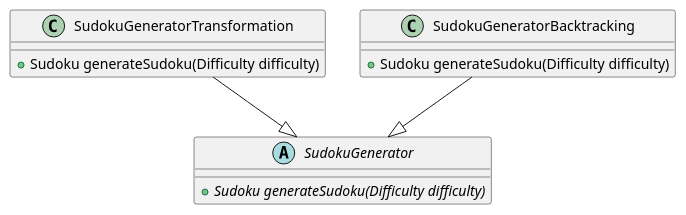
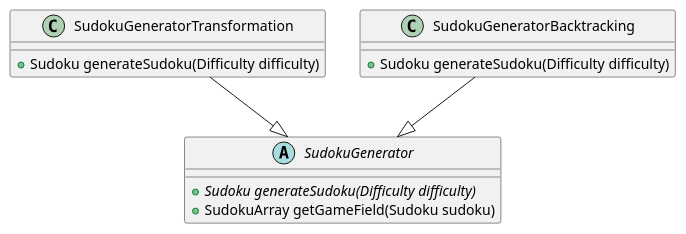
Before and after one commit to mohjohfox/cli-sudoku: the diagram in uml/solid/lsp_2.puml, drawn with PlantUML. The commit also changed 15 other files, not shown here.

```diff
--- a/uml/solid/lsp_2.puml
+++ b/uml/solid/lsp_2.puml
@@ -1,17 +1,18 @@
 @startuml
 abstract class SudokuGenerator {
    + {abstract} Sudoku generateSudoku(Difficulty difficulty)
+   + SudokuArray getGameField(Sudoku sudoku)
 }
 
 class SudokuGeneratorTransformation {
     + Sudoku generateSudoku(Difficulty difficulty)
 }
 
 class SudokuGeneratorBacktracking {
     + Sudoku generateSudoku(Difficulty difficulty)
 }
 
 
 SudokuGeneratorTransformation --|> SudokuGenerator
 SudokuGeneratorBacktracking --|> SudokuGenerator
 @enduml
```
